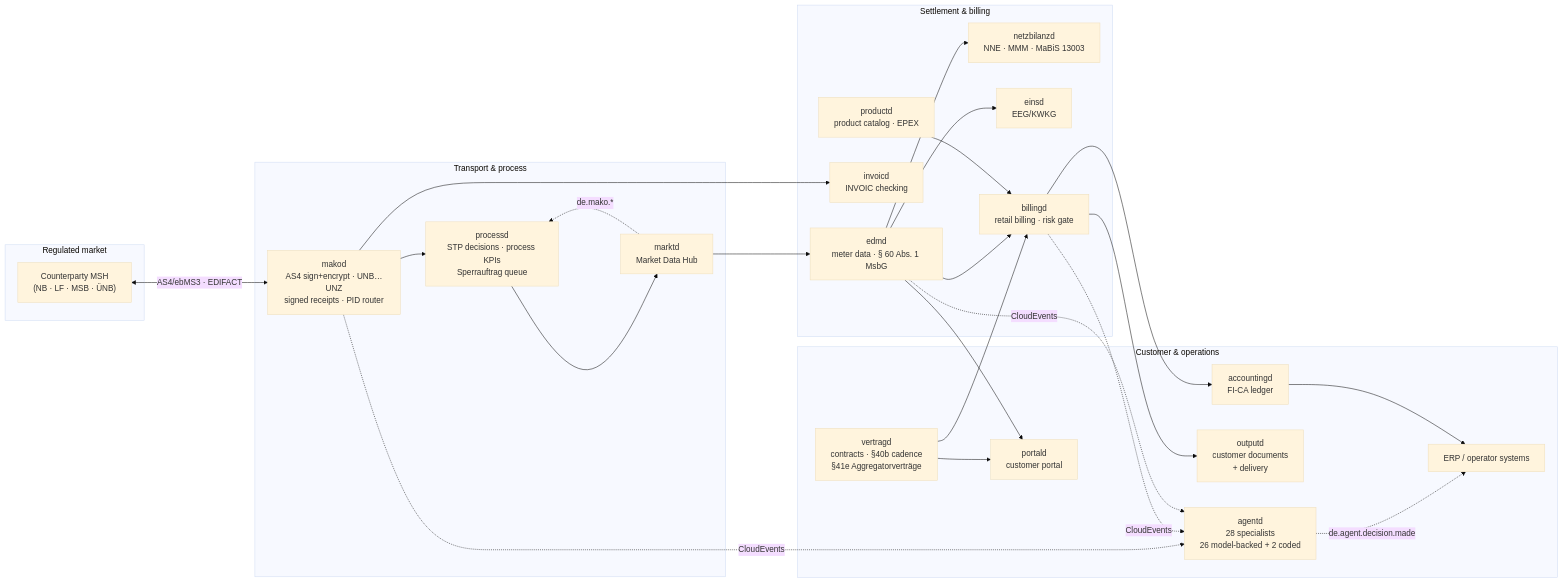
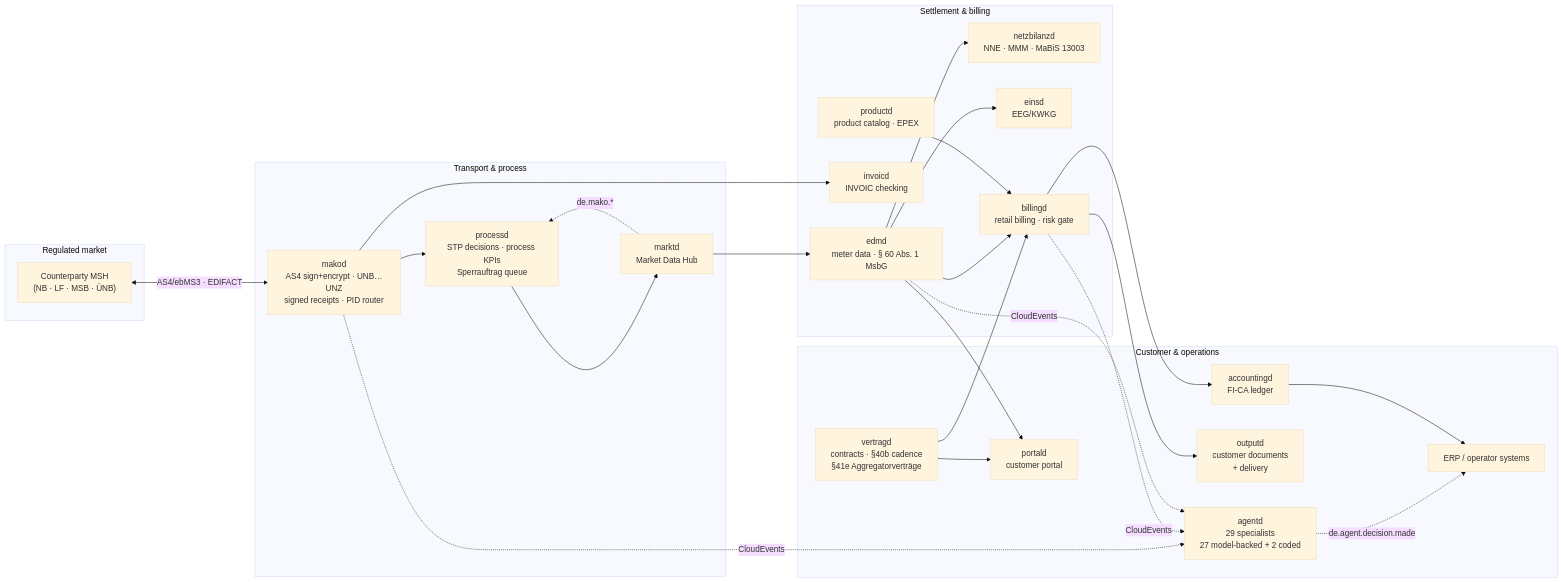
Before and after one commit to hupe1980/mako: the diagram in README.md, drawn with Mermaid (base theme). The commit also changed other lines of this file and 40 other files, not shown here.

````diff
--- a/README.md
+++ b/README.md
@@ -64,44 +67,44 @@
 ```mermaid
 flowchart LR
     subgraph Market["Regulated market"]
         MP["Counterparty MSH<br/>(NB · LF · MSB · ÜNB)"]
     end
 
     subgraph Transport["Transport & process"]
         MAKOD["makod<br/>AS4 sign+encrypt · UNB…UNZ<br/>signed receipts · PID router"]
         PROCESSD["processd<br/>STP decisions · process KPIs<br/>Sperrauftrag queue"]
         MARKTD["marktd<br/>Market Data Hub"]
     end
 
     subgraph Settlement["Settlement & billing"]
         EDMD["edmd<br/>meter data · § 60 Abs. 1 MsbG"]
         NETZB["netzbilanzd<br/>NNE · MMM · MaBiS 13003"]
         EINSD["einsd<br/>EEG/KWKG"]
         BILLINGD["billingd<br/>retail billing · risk gate"]
         INVOICD["invoicd<br/>INVOIC checking"]
         PRODUCTD["productd<br/>product catalog · EPEX"]
     end
 
     subgraph Business["Customer & operations"]
         VERTRAGD["vertragd<br/>contracts · §40b cadence<br/>§41e Aggregatorverträge"]
         ACCOUNTINGD["accountingd<br/>FI-CA ledger"]
         OUTPUTD["outputd<br/>customer documents<br/>+ delivery"]
         PORTALD["portald<br/>customer portal"]
-        AGENTD["agentd<br/>28 specialists<br/>26 model-backed + 2 coded"]
+        AGENTD["agentd<br/>29 specialists<br/>27 model-backed + 2 coded"]
         ERP["ERP / operator systems"]
     end
 
     MP <-->|"AS4/ebMS3 · EDIFACT"| MAKOD
     MAKOD --> PROCESSD --> MARKTD
     MARKTD --> EDMD --> NETZB & EINSD & BILLINGD
     MAKOD --> INVOICD
     PRODUCTD --> BILLINGD
     BILLINGD --> ACCOUNTINGD
     BILLINGD --> OUTPUTD
     VERTRAGD --> BILLINGD
     EDMD & VERTRAGD --> PORTALD
     MARKTD -.->|"de.mako.*"| PROCESSD
     MAKOD & BILLINGD & EDMD -.->|"CloudEvents"| AGENTD
     AGENTD -.->|"de.agent.decision.made"| ERP
     ACCOUNTINGD --> ERP
 ```
````
